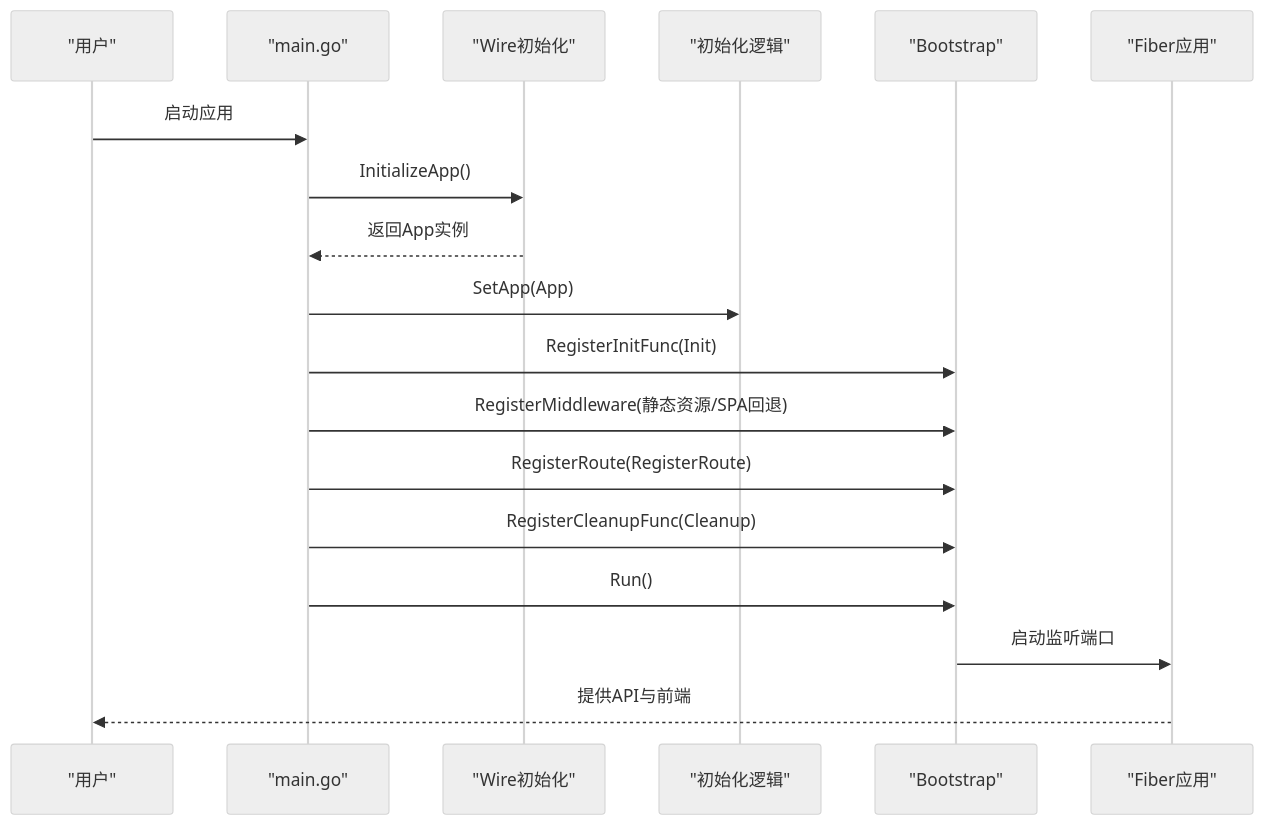
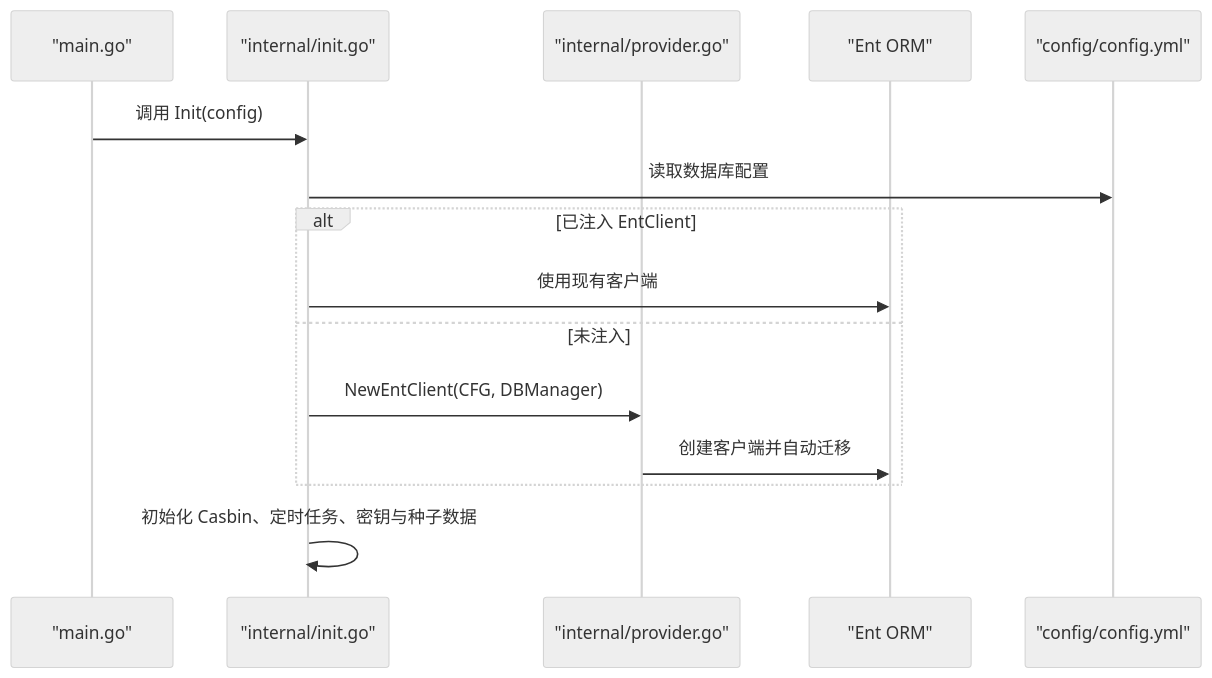
One commit to wuwuseo/e-sports-go-admin changed the third of 4 diagrams in .qoder/repowiki/zh/content/开发指南/开发环境搭建.md. Above: the diagram before and after it, drawn with Mermaid (neutral theme). The commit also changed other lines of this file and 115 other files, not shown here.

````diff
--- a/.qoder/repowiki/zh/content/开发指南/开发环境搭建.md
+++ b/.qoder/repowiki/zh/content/开发指南/开发环境搭建.md
@@ -120,20 +197,17 @@
 ```mermaid
 sequenceDiagram
-participant U as "用户"
-participant M as "main.go"
-participant W as "Wire初始化"
-participant I as "初始化逻辑"
-participant B as "Bootstrap"
-participant F as "Fiber应用"
-U->>M : 启动应用
-M->>W : InitializeApp()
-W-->>M : 返回App实例
-M->>I : SetApp(App)
-M->>B : RegisterInitFunc(Init)
-M->>B : RegisterMiddleware(静态资源/SPA回退)
-M->>B : RegisterRoute(RegisterRoute)
-M->>B : RegisterCleanupFunc(Cleanup)
-M->>B : Run()
-B->>F : 启动监听端口
-F-->>U : 提供API与前端
+participant Main as "main.go"
+participant Init as "internal/init.go"
+participant Prov as "internal/provider.go"
+participant DB as "Ent ORM"
+participant CFG as "config/config.yml"
+Main->>Init : 调用 Init(config)
+Init->>CFG : 读取数据库配置
+alt 已注入 EntClient
+Init->>DB : 使用现有客户端
+else 未注入
+Init->>Prov : NewEntClient(CFG, DBManager)
+Prov->>DB : 创建客户端并自动迁移
+end
+Init->>Init : 初始化 Casbin、定时任务、密钥与种子数据
 ```
````
